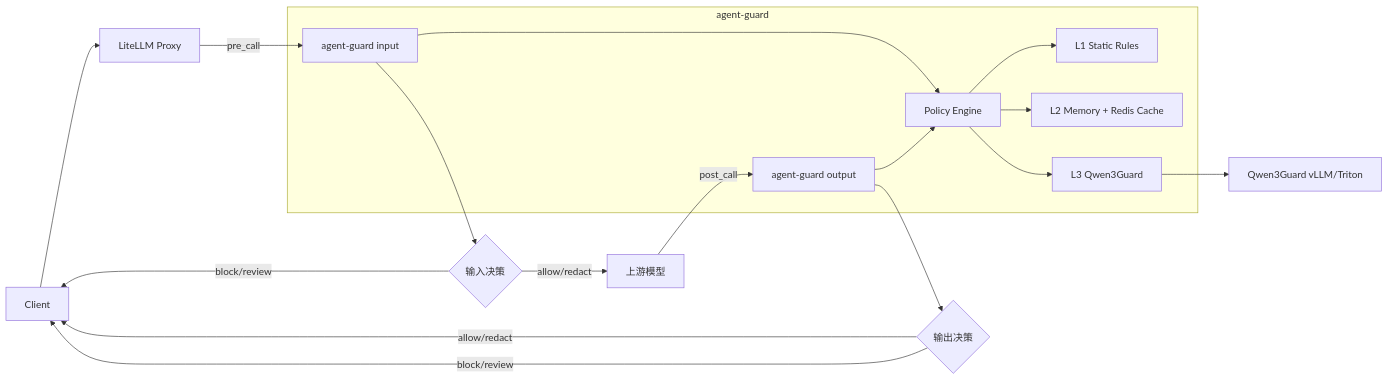
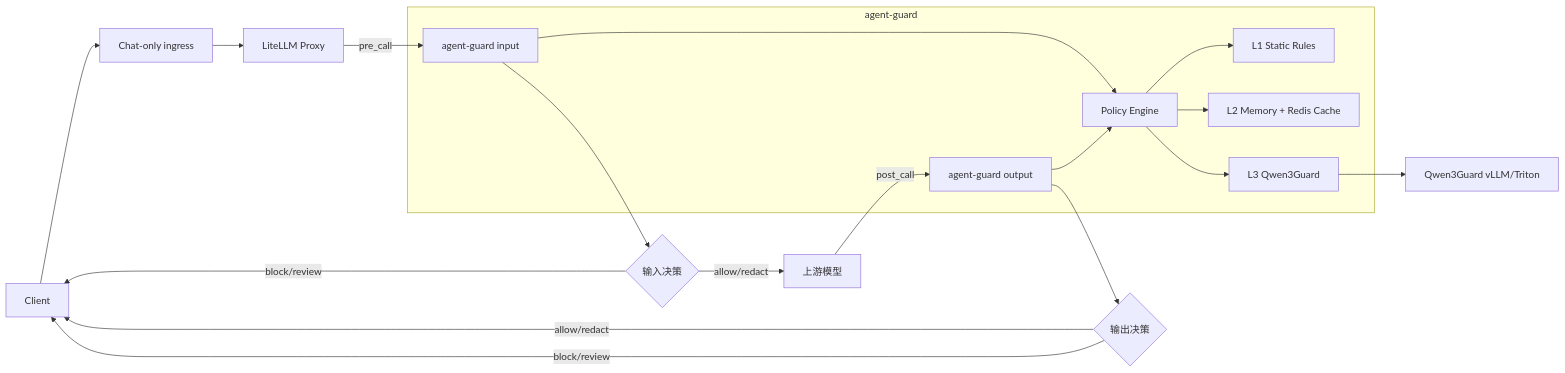
Before and after one commit to ikaros-0117/agent-io-guard: the diagram in docs/architecture.md, drawn with Mermaid. The commit also changed other lines of this file and 6 other files, not shown here.

Commit message:
docs: update Chat multi-client roadmap and status

````diff
--- a/docs/architecture.md
+++ b/docs/architecture.md
@@ -60,28 +62,29 @@
 ```mermaid
 flowchart LR
-  C[Client] --> L[LiteLLM Proxy]
+  C[Client] --> G[Chat-only ingress]
+  G --> L[LiteLLM Proxy]
   L -->|pre_call| I[agent-guard input]
   I --> D1{输入决策}
   D1 -->|allow/redact| M[上游模型]
   D1 -->|block/review| C
   M -->|post_call| O[agent-guard output]
   O --> D2{输出决策}
   D2 -->|allow/redact| C
   D2 -->|block/review| C
 
   subgraph AG[agent-guard]
     I
     O
     PE[Policy Engine]
     L1[L1 Static Rules]
     L2[L2 Memory + Redis Cache]
     L3[L3 Qwen3Guard]
     I --> PE
     O --> PE
     PE --> L1
     PE --> L2
     PE --> L3
   end
 
   L3 --> Q[Qwen3Guard vLLM/Triton]
 ```
````
